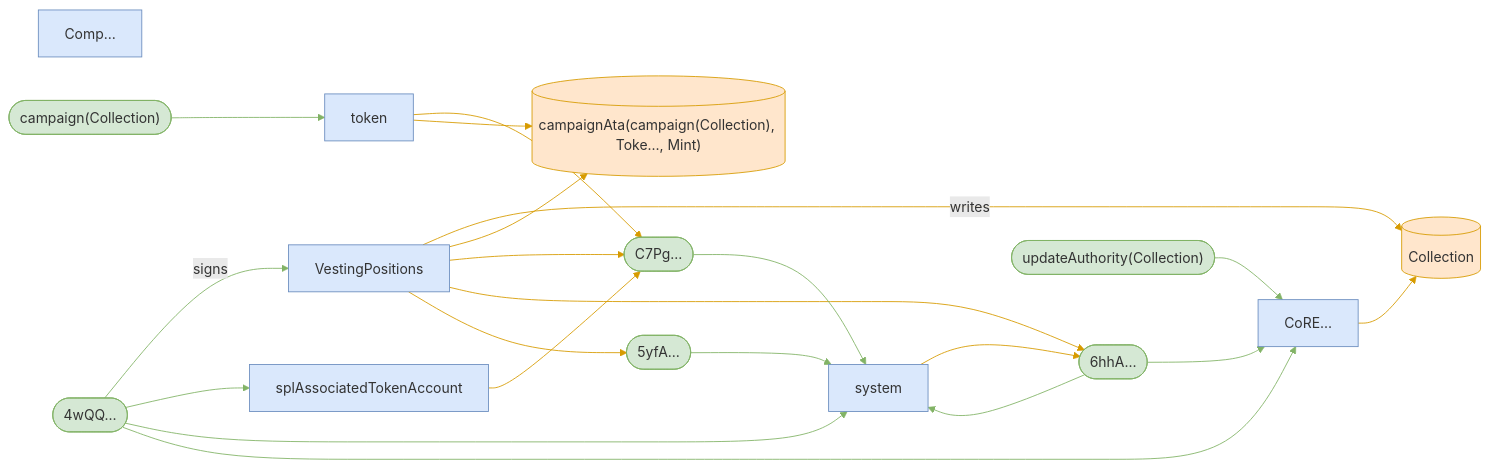
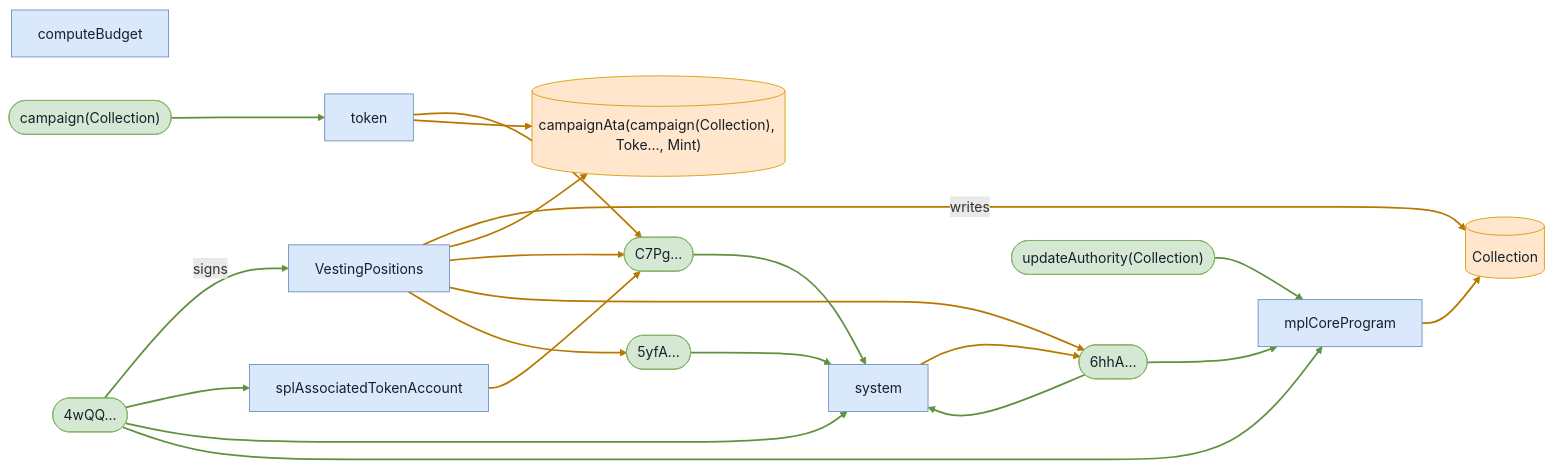
The fifth of 6 diagrams in babelfish-tests/test-report/mid_schedule_cliff_plus_linear.md (cds-turbin3/vesting-position), drawn with Mermaid before and after one commit. The commit also changed other lines of this file and 106 other files, not shown here.

````diff
--- a/babelfish-tests/test-report/mid_schedule_cliff_plus_linear.md
+++ b/babelfish-tests/test-report/mid_schedule_cliff_plus_linear.md
@@ -290,42 +288,42 @@
 ```mermaid
 flowchart LR
-    Comp["Comp…"]:::program
+    computeBudget["computeBudget"]:::program
     VestingPositions["VestingPositions"]:::program
     n4wQQ(["4wQQ…"]):::signer
     Collection[("Collection")]:::state
     campaignAtacampaignCollectionTokeMint[("campaignAta(campaign(Collection), Toke…, Mint)")]:::state
     C7Pg(["C7Pg…"]):::signer
     n6hhA(["6hhA…"]):::signer
     n5yfA(["5yfA…"]):::signer
     splAssociatedTokenAccount["splAssociatedTokenAccount"]:::program
     token["token"]:::program
     system["system"]:::program
-    CoRE["CoRE…"]:::program
+    mplCoreProgram["mplCoreProgram"]:::program
     updateAuthorityCollection(["updateAuthority(Collection)"]):::signer
     campaignCollection(["campaign(Collection)"]):::signer
     n4wQQ -->|signs| VestingPositions
     VestingPositions -->|writes| Collection
     VestingPositions --> campaignAtacampaignCollectionTokeMint
     VestingPositions --> C7Pg
     VestingPositions --> n6hhA
     VestingPositions --> n5yfA
     n4wQQ --> splAssociatedTokenAccount
     splAssociatedTokenAccount --> C7Pg
     n4wQQ --> system
     C7Pg --> system
     token --> C7Pg
     n5yfA --> system
-    n6hhA --> CoRE
-    CoRE --> Collection
-    updateAuthorityCollection --> CoRE
-    n4wQQ --> CoRE
+    n6hhA --> mplCoreProgram
+    mplCoreProgram --> Collection
+    updateAuthorityCollection --> mplCoreProgram
+    n4wQQ --> mplCoreProgram
     n6hhA --> system
     system --> n6hhA
     token --> campaignAtacampaignCollectionTokeMint
     campaignCollection --> token
-    classDef program fill:#dae8fc,stroke:#6c8ebf;
-    classDef signer fill:#d5e8d4,stroke:#82b366;
-    classDef state fill:#ffe6cc,stroke:#d79b00;
-    linkStyle 0,6,8,9,11,12,14,15,16,19 stroke:#82b366
-    linkStyle 1,2,3,4,5,7,10,13,17,18 stroke:#d79b00
+    classDef program fill:#dae8fc,stroke:#6c8ebf,color:#17202a;
+    classDef signer fill:#d5e8d4,stroke:#82b366,color:#17202a;
+    classDef state fill:#ffe6cc,stroke:#d79b00,color:#17202a;
+    linkStyle 0,6,8,9,11,12,14,15,16,19 stroke:#5f913f,stroke-width:2px
+    linkStyle 1,2,3,4,5,7,10,13,17,18 stroke:#b87800,stroke-width:2px
 ```
````
